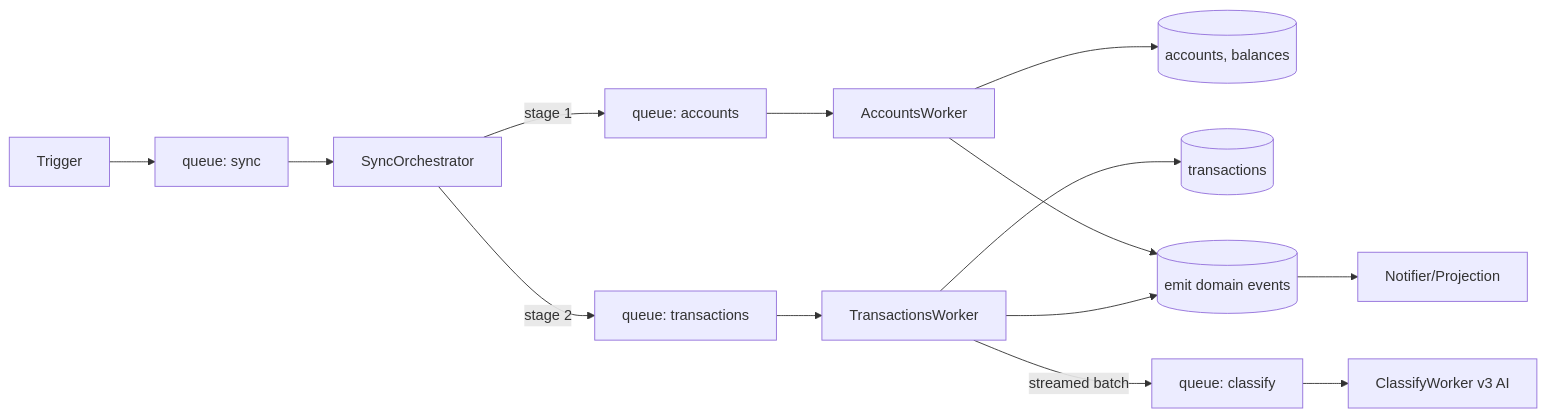
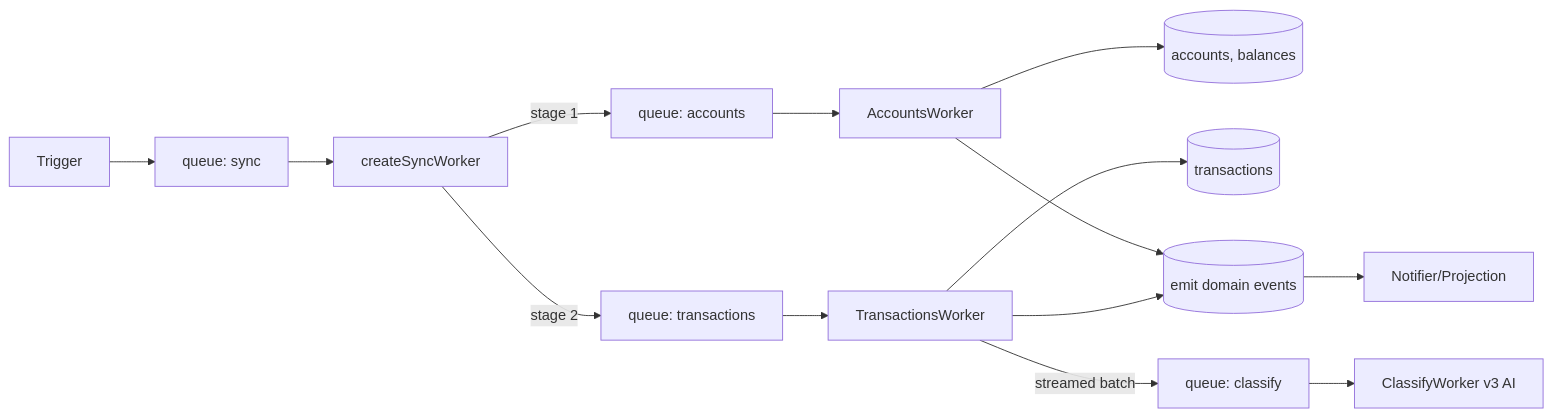
Before and after one commit to kylerpbyrd/byrdos: the diagram in docs/architecture/sync-pipeline.md, drawn with Mermaid. The commit also changed other lines of this file and 1 other file, not shown here.

First line of the commit message:
fix(sync-worker): correct FlowProducer ordering (accounts before transactions)

````diff
--- a/docs/architecture/sync-pipeline.md
+++ b/docs/architecture/sync-pipeline.md
@@ -20,13 +20,13 @@
 ```mermaid
 flowchart LR
     T[Trigger] --> Q1[queue: sync]
-    Q1 --> JW[SyncOrchestrator]
+    Q1 -->     JW[createSyncWorker]
     JW --> |stage 1| Q2[queue: accounts]
     Q2 --> A[AccountsWorker] --> DB1[(accounts, balances)]
     JW --> |stage 2| Q3[queue: transactions]
     Q3 --> TX[TransactionsWorker] --> DB2[(transactions)]
     TX --> |streamed batch| Q4[queue: classify]
     Q4 --> CL[ClassifyWorker v3 AI]
     A & TX --> EM[(emit domain events)]
     EM --> NH[Notifier/Projection]
 ```
````
